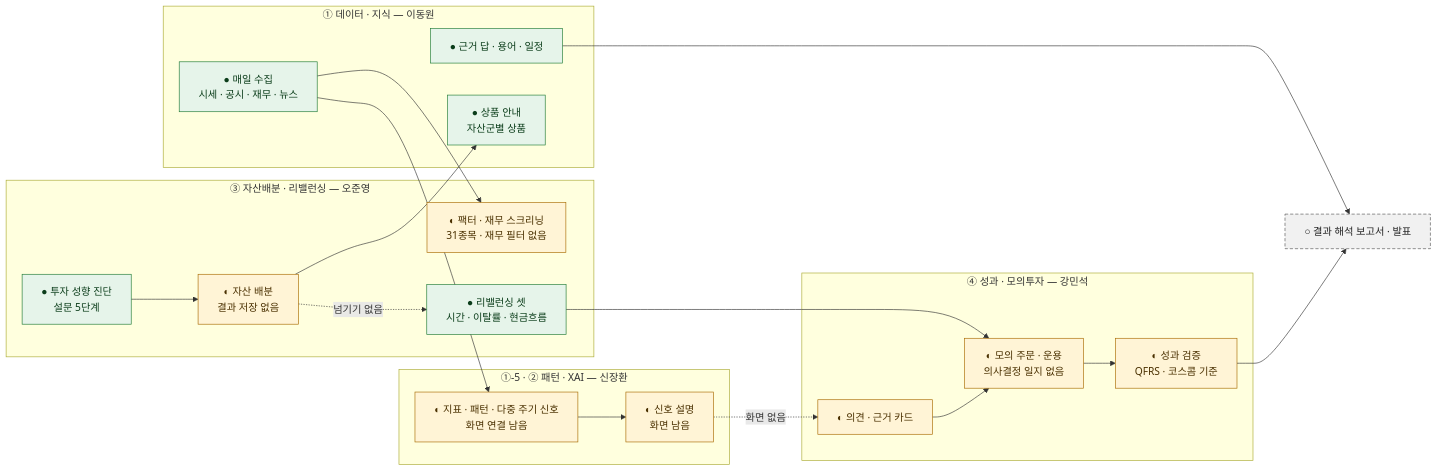
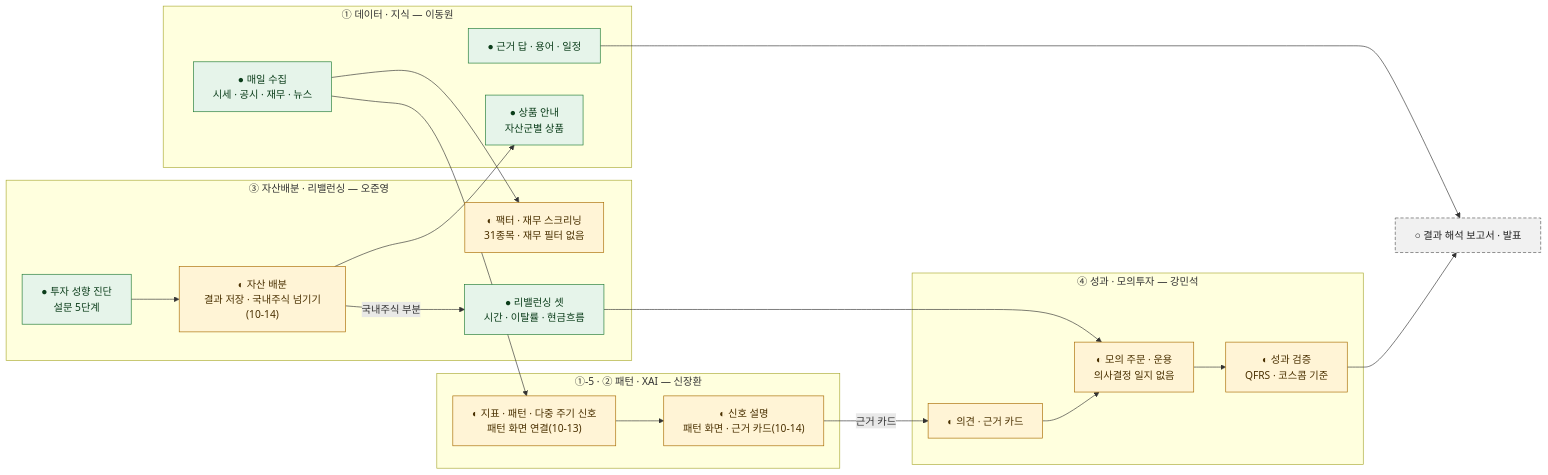
One commit to EST-team-project/Qurious changed the third of 4 diagrams in docs/github-archive/2026-10-12/이슈-2차-중간점검/00-본문.md. Above: the diagram before and after it, drawn with Mermaid. The commit also changed other lines of this file and 87 other files, not shown here.

````diff
--- a/docs/github-archive/2026-10-12/이슈-2차-중간점검/00-본문.md
+++ b/docs/github-archive/2026-10-12/이슈-2차-중간점검/00-본문.md
@@ -241,35 +245,35 @@
 ```mermaid
 flowchart LR
   subgraph P1["① 데이터 · 지식 — 이동원"]
     D1["● 매일 수집<br/>시세 · 공시 · 재무 · 뉴스"]:::done
     D2["● 근거 답 · 용어 · 일정"]:::done
     D3["● 상품 안내<br/>자산군별 상품"]:::done
   end
   subgraph P3["③ 자산배분 · 리밸런싱 — 오준영"]
     A1["● 투자 성향 진단<br/>설문 5단계"]:::done
-    A2["◐ 자산 배분<br/>결과 저장 없음"]:::doing
+    A2["◐ 자산 배분<br/>결과 저장 · 국내주식 넘기기(10-14)"]:::doing
     A3["◐ 팩터 · 재무 스크리닝<br/>31종목 · 재무 필터 없음"]:::doing
     A4["● 리밸런싱 셋<br/>시간 · 이탈률 · 현금흐름"]:::done
   end
   subgraph P2["①-5 · ② 패턴 · XAI — 신장환"]
-    G1["◐ 지표 · 패턴 · 다중 주기 신호<br/>화면 연결 남음"]:::doing
-    G2["◐ 신호 설명<br/>화면 남음"]:::doing
+    G1["◐ 지표 · 패턴 · 다중 주기 신호<br/>패턴 화면 연결(10-13)"]:::doing
+    G2["◐ 신호 설명<br/>패턴 화면 · 근거 카드(10-14)"]:::doing
   end
   subgraph P4["④ 성과 · 모의투자 — 강민석"]
     M1["◐ 의견 · 근거 카드"]:::doing
     M2["◐ 모의 주문 · 운용<br/>의사결정 일지 없음"]:::doing
     M3["◐ 성과 검증<br/>QFRS · 코스콤 기준"]:::doing
   end
   F["○ 결과 해석 보고서 · 발표"]:::todo
   A1 --> A2 --> D3
-  A2 -.->|"넘기기 없음"| A4
+  A2 -->|"국내주식 부분"| A4
   D1 --> A3
   D1 --> G1 --> G2
-  G2 -.->|"화면 없음"| M1
+  G2 -->|"근거 카드"| M1
   M1 --> M2 --> M3 --> F
   A4 --> M2
   D2 --> F
   classDef done fill:#e6f4ea,stroke:#1e7a34,color:#0b3d1a
   classDef doing fill:#fff4d6,stroke:#a86b00,color:#4a3000
   classDef todo fill:#f1f1f1,stroke:#555555,color:#222222,stroke-dasharray:5 3
 ```
````
